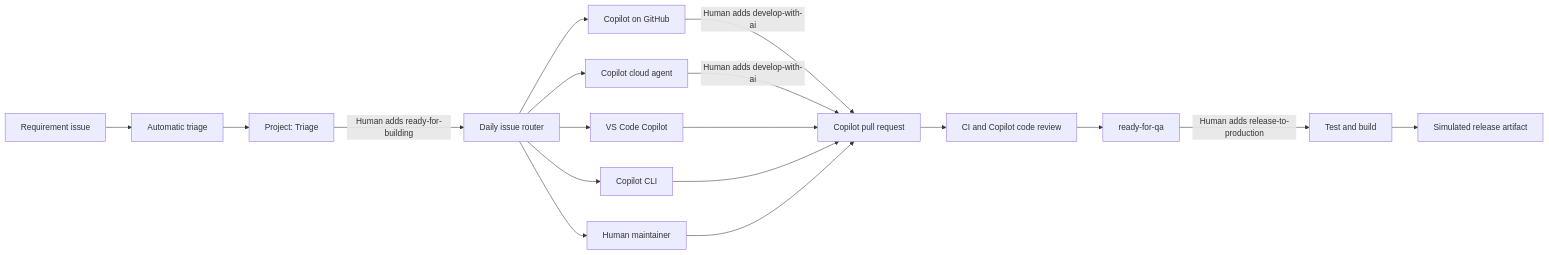
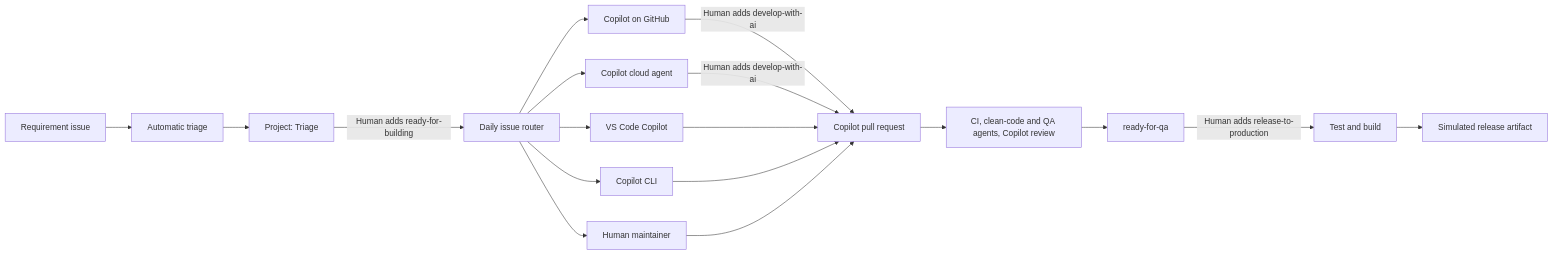
Before and after one commit to cihanduruer/ai-sdlc-ghcp: the diagram in README.md, drawn with Mermaid. The commit also changed other lines of this file and 9 other files, not shown here.

````diff
--- a/README.md
+++ b/README.md
@@ -18,20 +18,20 @@
 ```mermaid
 flowchart LR
     A[Requirement issue] --> B[Automatic triage]
     B --> C[Project: Triage]
     C -->|Human adds ready-for-building| D[Daily issue router]
     D --> E1[VS Code Copilot]
     D --> E2[Copilot on GitHub]
     D --> E3[Copilot CLI]
     D --> E4[Copilot cloud agent]
     D --> E5[Human maintainer]
     E2 -->|Human adds develop-with-ai| F[Copilot pull request]
     E4 -->|Human adds develop-with-ai| F
     E1 --> F
     E3 --> F
     E5 --> F
-    F --> G[CI and Copilot code review]
+    F --> G[CI, clean-code and QA agents, Copilot review]
     G --> H[ready-for-qa]
     H -->|Human adds release-to-production| I[Test and build]
     I --> J[Simulated release artifact]
 ```
````
